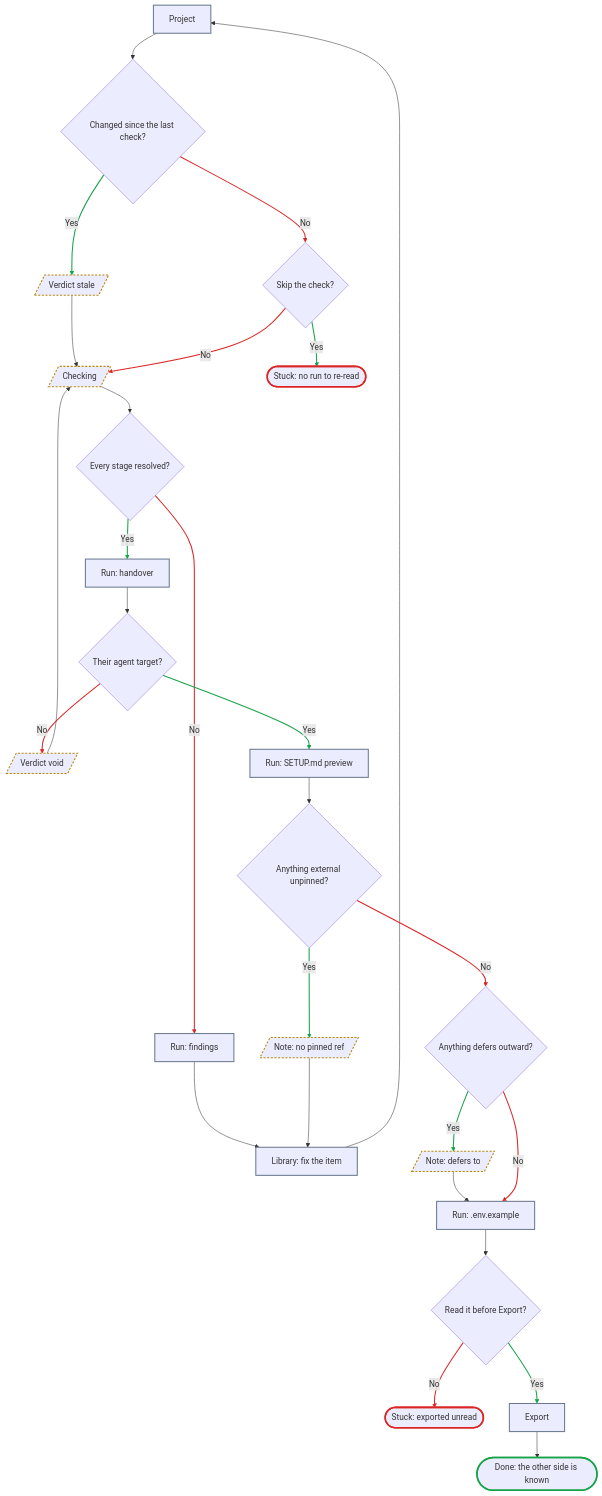
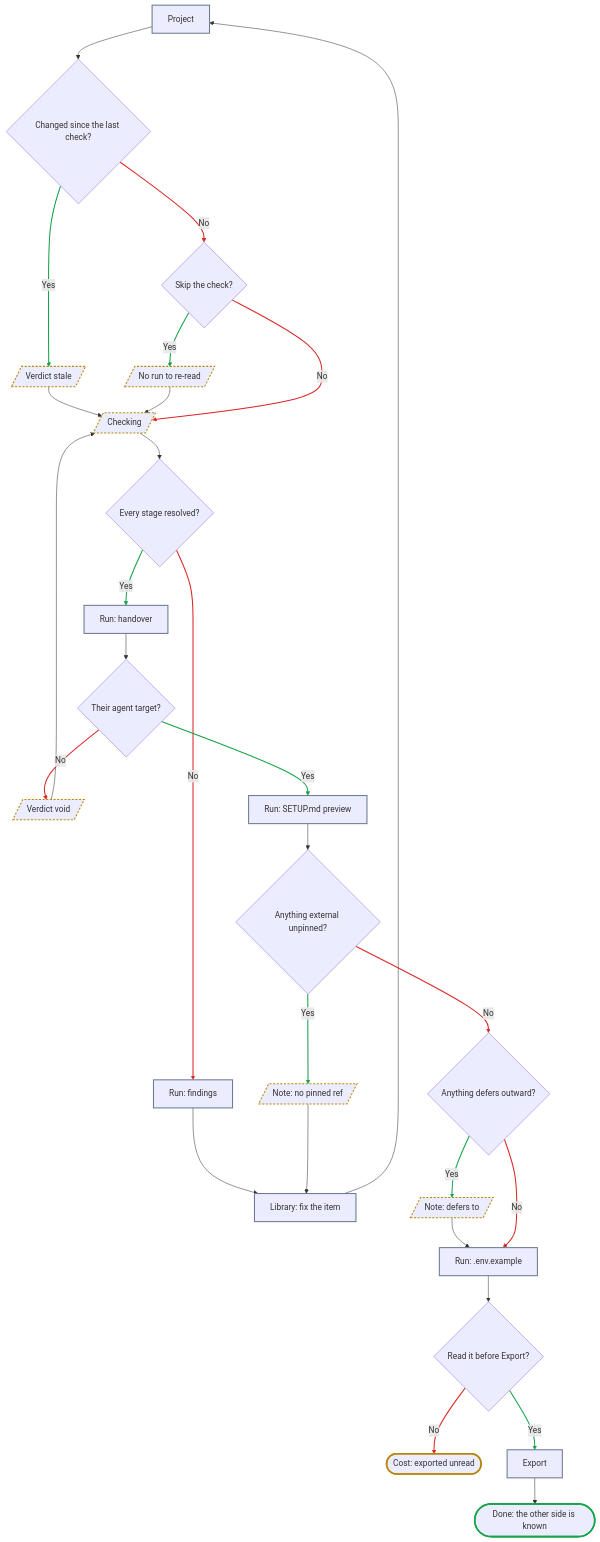
The third of 8 diagrams in 03-information-architecture/flows.md (RomanUserExpert/ai-stack-builder), drawn with Mermaid before and after one commit. The commit also changed other lines of this file and 5 other files, not shown here.

````diff
--- a/03-information-architecture/flows.md
+++ b/03-information-architecture/flows.md
@@ -282,39 +336,41 @@
 ```mermaid
 flowchart TD
     A["Project"] --> B{"Changed since the last check?"}
     B -->|"Yes"| C[/"Verdict stale"/]
     C --> D[/"Checking"/]
     B -->|"No"| E{"Skip the check?"}
-    E -->|"Yes"| F(["Stuck: no run to re-read"])
+    E -->|"Yes"| F[/"No run to re-read"/]
+    F --> D
     E -->|"No"| D
     D --> G{"Every stage resolved?"}
     G -->|"No"| H["Run: findings"]
     H --> Z["Library: fix the item"]
     Z --> A
     G -->|"Yes"| I["Run: handover"]
     I --> J{"Their agent target?"}
     J -->|"No"| K[/"Verdict void"/]
     K --> D
     J -->|"Yes"| L["Run: SETUP.md preview"]
     L --> M{"Anything external unpinned?"}
     M -->|"Yes"| N[/"Note: no pinned ref"/]
     N --> Z
     M -->|"No"| Q{"Anything defers outward?"}
     Q -->|"Yes"| R[/"Note: defers to"/]
     R --> S["Run: .env.example"]
     Q -->|"No"| S
     S --> T{"Read it before Export?"}
-    T -->|"No"| U(["Stuck: exported unread"])
+    T -->|"No"| U(["Cost: exported unread"])
     T -->|"Yes"| V["Export"]
     V --> W(["Done: the other side is known"])
     classDef screen stroke:#6b7a8f,stroke-width:2px
     classDef state stroke:#b8860b,stroke-width:2px,stroke-dasharray:4 3
     classDef win stroke:#16a34a,stroke-width:3px
+    classDef cost stroke:#b8860b,stroke-width:3px
     classDef dead stroke:#dc2626,stroke-width:3px
-    linkStyle 1,4,10,14,16,19,24 stroke:#16a34a,stroke-width:2px
-    linkStyle 3,5,7,12,18,21,23 stroke:#dc2626,stroke-width:2px
+    linkStyle 1,4,11,15,17,20,25 stroke:#16a34a,stroke-width:2px
+    linkStyle 3,6,8,13,19,22,24 stroke:#dc2626,stroke-width:2px
     class A,H,I,L,S,V,Z screen
-    class C,D,K,N,R state
+    class C,D,F,K,N,R state
     class W win
-    class F,U dead
+    class U cost
 ```
````
